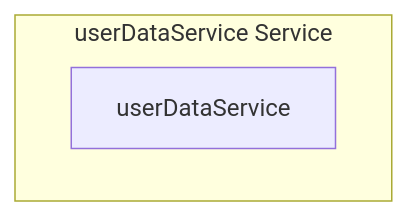
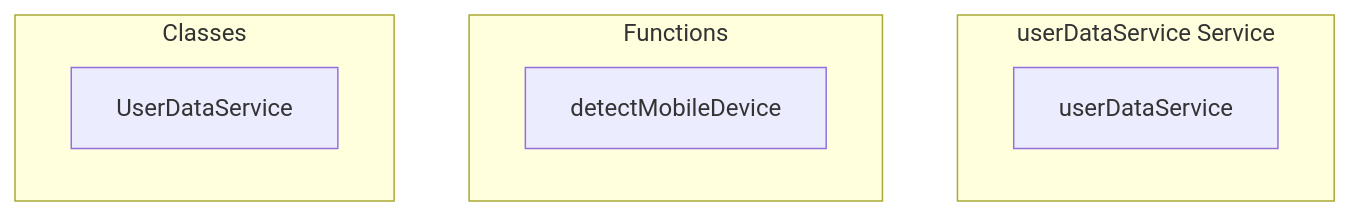
One commit to y4my4my4m/harmony changed the diagram in docs/api/services/userdataservice.md. Above: the diagram before and after it, drawn with Mermaid. The commit also changed other lines of this file and 350 other files, not shown here.

````diff
--- a/docs/api/services/userdataservice.md
+++ b/docs/api/services/userdataservice.md
@@ -7,10 +7,14 @@
 ```mermaid
 graph TB
     subgraph "userDataService Service"
         USERDATASERVICE[userDataService]
     end
     
+    subgraph "Functions"
+        FN_DETECTMOBILEDEVICE[detectMobileDevice]
+    end
     
-    
-    
+    subgraph "Classes"
+        CLS_USERDATASERVICE[UserDataService]
+    end
 ```
````
